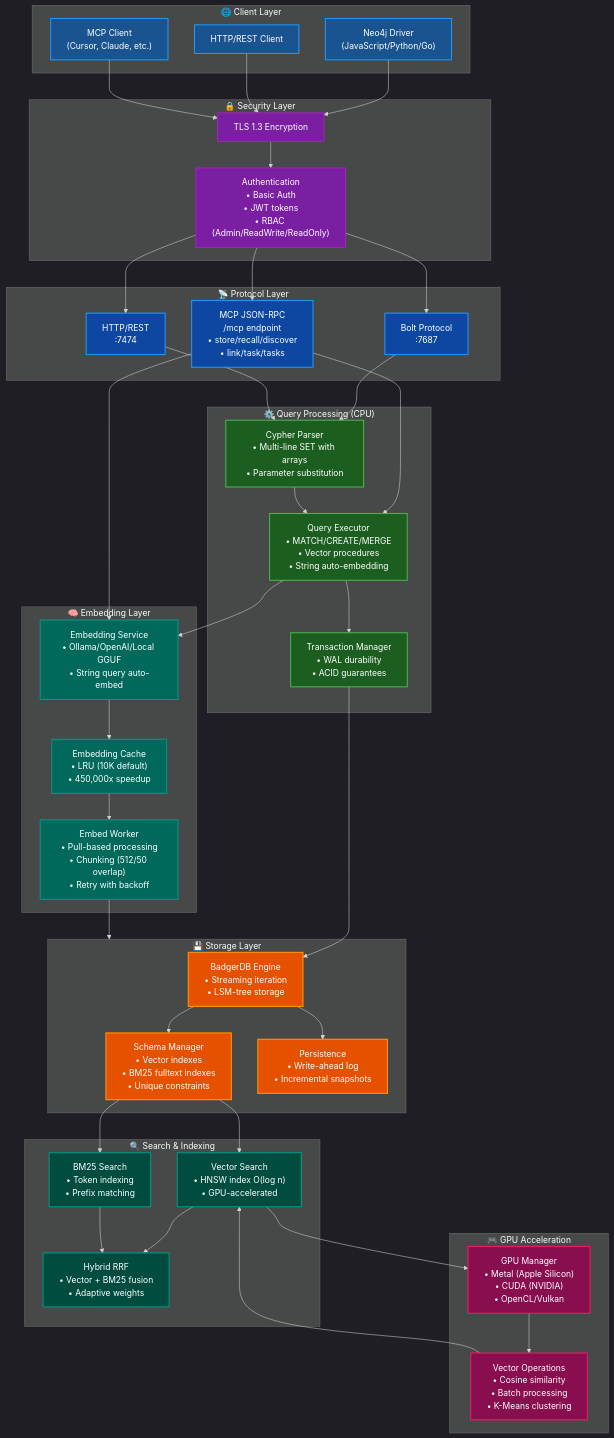
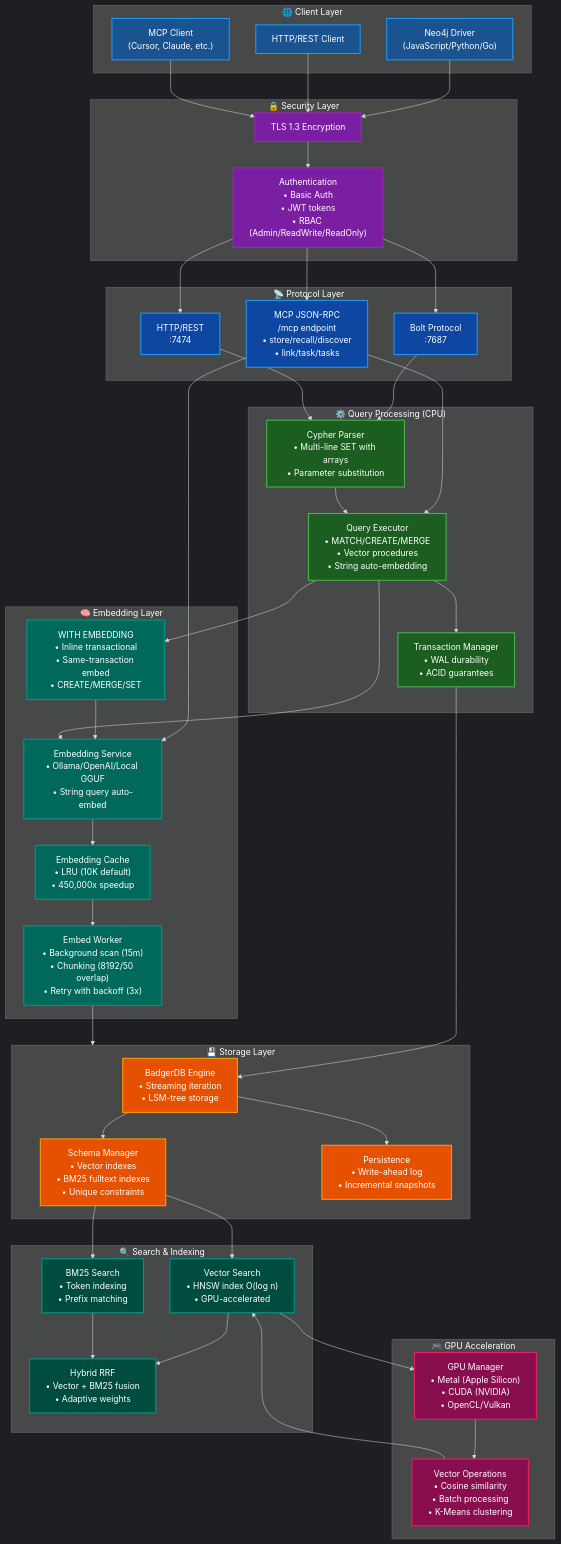
One commit to linuxdynasty/NornicDB changed the diagram in docs/architecture/system-design.md. Above: the diagram before and after it, drawn with Mermaid. The commit also changed other lines of this file, not shown here.

```diff
--- a/docs/architecture/system-design.md
+++ b/docs/architecture/system-design.md
@@ -38,7 +38,8 @@
     end
 
     subgraph Embedding["🧠 Embedding Layer"]
-        EmbedQueue["Embed Worker<br/>• Pull-based processing<br/>• Chunking (512/50 overlap)<br/>• Retry with backoff"]
+        EmbedQueue["Embed Worker<br/>• Background scan (15m)<br/>• Chunking (8192/50 overlap)<br/>• Retry with backoff (3x)"]
+        EmbedInline["WITH EMBEDDING<br/>• Inline transactional<br/>• Same-transaction embed<br/>• CREATE/MERGE/SET"]
         EmbedCache["Embedding Cache<br/>• LRU (10K default)<br/>• 450,000x speedup"]
         EmbedService["Embedding Service<br/>• Ollama/OpenAI/Local GGUF<br/>• String query auto-embed"]
     end
@@ -85,6 +86,8 @@
     EmbedService --> EmbedCache
     EmbedCache --> EmbedQueue
     EmbedQueue --> Storage
+    EmbedInline --> EmbedService
+    QueryExecutor --> EmbedInline
 
     %% Protocol to processing
     BoltServer --> CypherParser
@@ -122,7 +125,7 @@
     class Neo4jDriver,HTTPClient,MCPClient clientStyle
     class TLS,Auth securityStyle
     class BoltServer,HTTPServer,MCPServer protocolStyle
-    class EmbedQueue,EmbedCache,EmbedService embedStyle
+    class EmbedQueue,EmbedInline,EmbedCache,EmbedService embedStyle
     class CypherParser,QueryExecutor,TxManager processingStyle
     class BadgerDB,Schema,Persistence storageStyle
     class GPUManager,VectorOps gpuStyle
```
